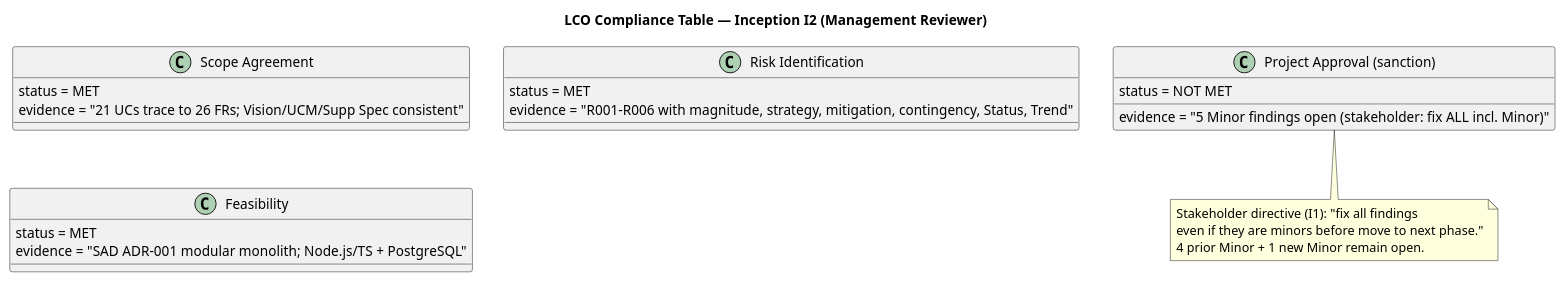
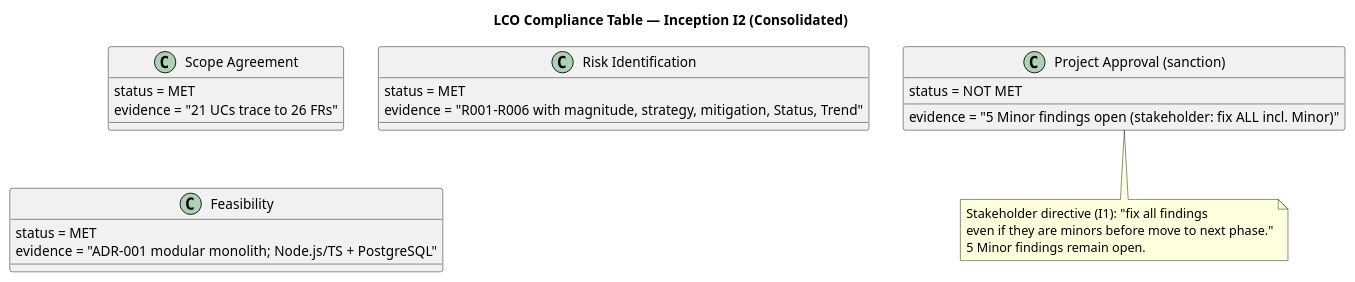
Before and after one commit to banense-test/trademe: the third of 3 diagrams in docs/artifacts/project-management/review-record.md, drawn with PlantUML. The commit also changed other lines of this file, not shown here.

````diff
--- a/docs/artifacts/project-management/review-record.md
+++ b/docs/artifacts/project-management/review-record.md
@@ -291,28 +174,28 @@
 ```plantuml
 @startuml
-title LCO Compliance Table — Inception I2 (Management Reviewer)
+title LCO Compliance Table — Inception I2 (Consolidated)
 
 class "Scope Agreement" as C1 {
   status = MET
-  evidence = "21 UCs trace to 26 FRs; Vision/UCM/Supp Spec consistent"
+  evidence = "21 UCs trace to 26 FRs"
 }
 class "Risk Identification" as C2 {
   status = MET
-  evidence = "R001-R006 with magnitude, strategy, mitigation, contingency, Status, Trend"
+  evidence = "R001-R006 with magnitude, strategy, mitigation, Status, Trend"
 }
 class "Feasibility" as C3 {
   status = MET
-  evidence = "SAD ADR-001 modular monolith; Node.js/TS + PostgreSQL"
+  evidence = "ADR-001 modular monolith; Node.js/TS + PostgreSQL"
 }
 class "Project Approval (sanction)" as C4 {
   status = NOT MET
   evidence = "5 Minor findings open (stakeholder: fix ALL incl. Minor)"
 }
 
 note bottom of C4
   Stakeholder directive (I1): "fix all findings
   even if they are minors before move to next phase."
-  4 prior Minor + 1 new Minor remain open.
+  5 Minor findings remain open.
 end note
 @enduml
 ```
````
